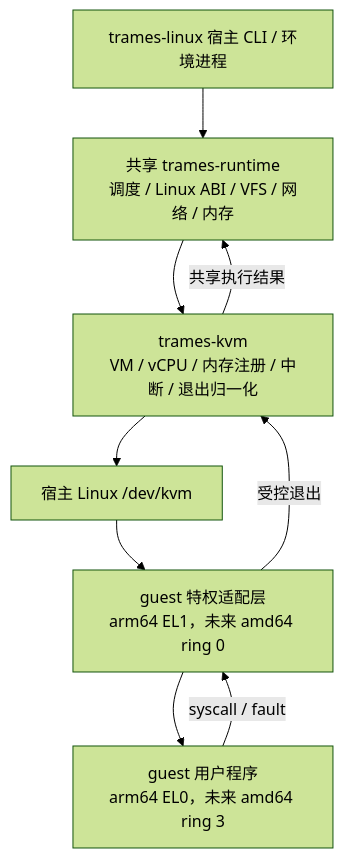
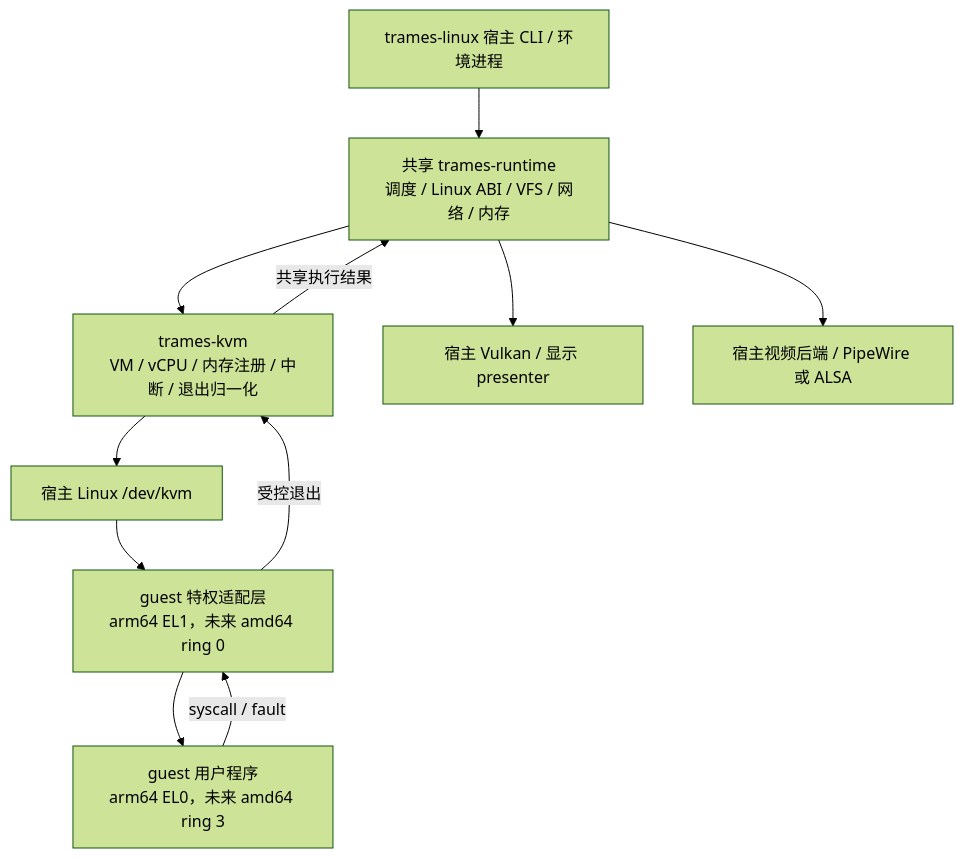
One commit to kb5000/trames-ipad changed the diagram in docs/roadmap/trames-linux-kvm.md. Above: the diagram before and after it, drawn with Mermaid (forest theme). The commit also changed other lines of this file and 1 other file, not shown here.

Commit message:
Plan Linux graphics media bridges and full 4 KiB operation

````diff
--- a/docs/roadmap/trames-linux-kvm.md
+++ b/docs/roadmap/trames-linux-kvm.md
@@ -53,17 +63,19 @@
 ```mermaid
 flowchart TB
     CLI[trames-linux 宿主 CLI / 环境进程]
     R[共享 trames-runtime<br/>调度 / Linux ABI / VFS / 网络 / 内存]
     B[trames-kvm<br/>VM / vCPU / 内存注册 / 中断 / 退出归一化]
     K[宿主 Linux /dev/kvm]
     A[guest 特权适配层<br/>arm64 EL1，未来 amd64 ring 0]
     U[guest 用户程序<br/>arm64 EL0，未来 amd64 ring 3]
     CLI --> R
     R --> B
     B --> K
     K --> A
     A --> U
     U -->|syscall / fault| A
     A -->|受控退出| B
     B -->|共享执行结果| R
+    R --> V[宿主 Vulkan / 显示 presenter]
+    R --> M[宿主视频后端 / PipeWire 或 ALSA]
 ```
````
